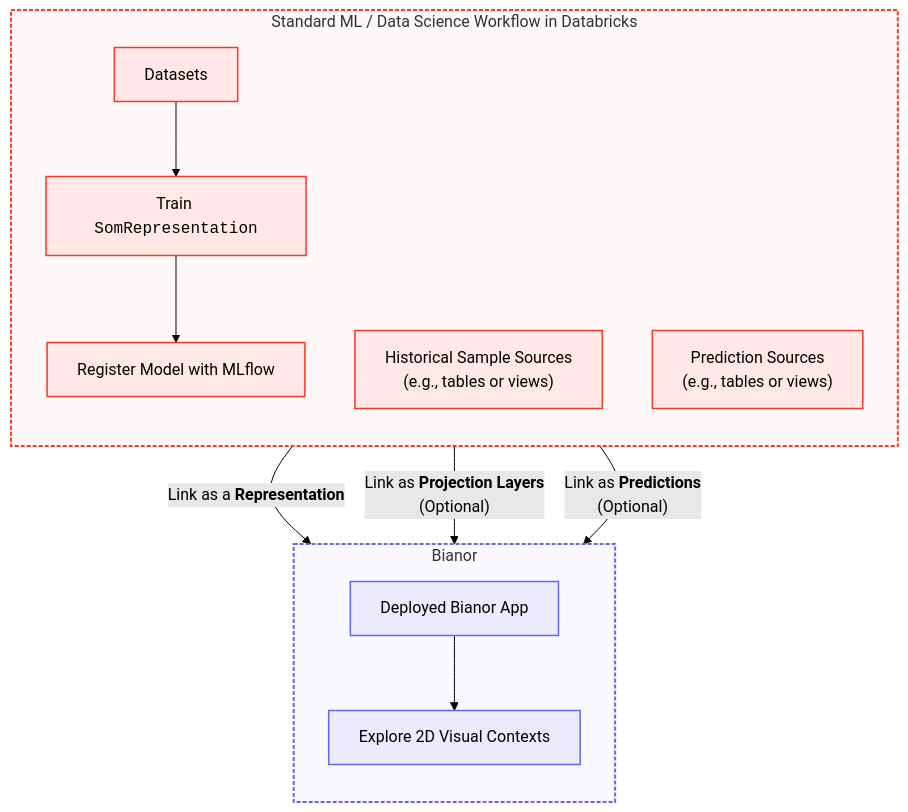
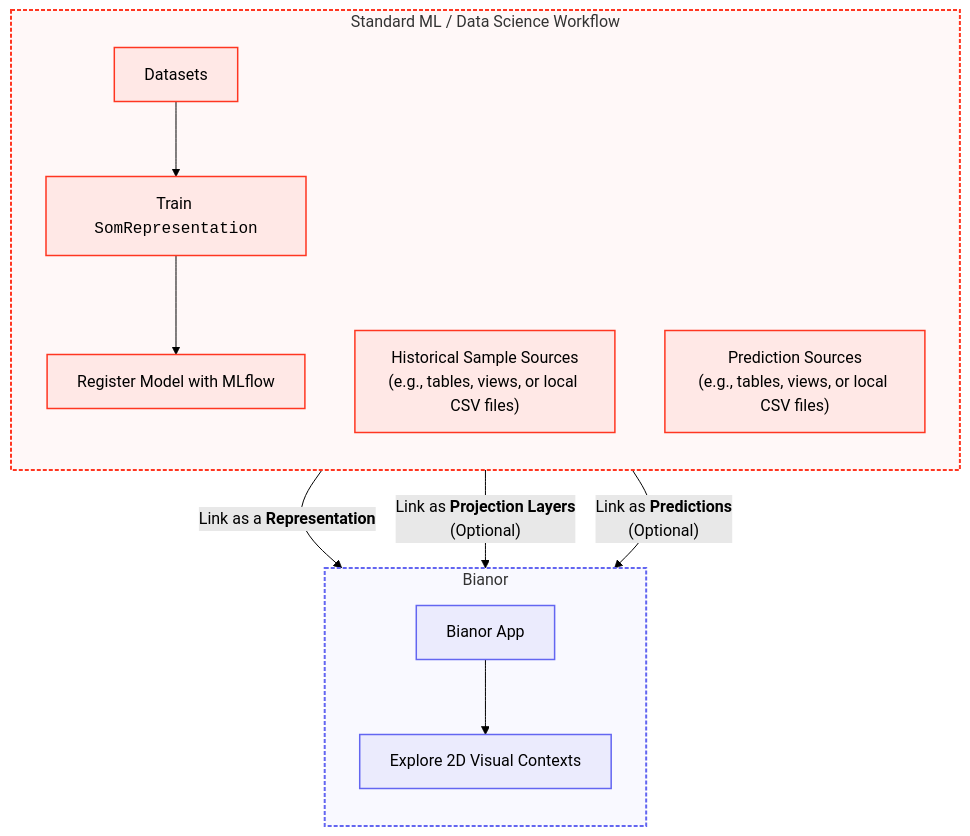
One commit to ophelia-rnd/bianor-studio changed the diagram in docs/individual/modeling.md. Above: the diagram before and after it, drawn with Mermaid (forest theme). The commit also changed other lines of this file and 13 other files, not shown here.

````diff
--- a/docs/individual/modeling.md
+++ b/docs/individual/modeling.md
@@ -7,27 +7,27 @@
 ```mermaid
 flowchart TD
-    subgraph standard["Standard ML / Data Science Workflow in Databricks"]
+    subgraph standard["Standard ML / Data Science Workflow"]
         direction TB
         Datasets["Datasets"] --> Train["Train <code>SomRepresentation</code>"] --> Register["Register Model with MLflow"]
-        ProjSources["Historical Sample Sources<br/>(e.g., tables or views)"]
-        PredSources["Prediction Sources<br/>(e.g., tables or views)"]
+        ProjSources["Historical Sample Sources<br/>(e.g., tables, views, or local CSV files)"]
+        PredSources["Prediction Sources<br/>(e.g., tables, views, or local CSV files)"]
     end
 
     subgraph bianor["Bianor"]
         direction TB
-        App["Deployed Bianor App"] --> VisualContexts["Explore 2D Visual Contexts"]
+        App["Bianor App"] --> VisualContexts["Explore 2D Visual Contexts"]
     end
 
     Register -->|"Link as a <b>Representation</b>"| App
     ProjSources -->|"Link as <b>Projection Layers</b><br/>(Optional)"| App
     PredSources -->|"Link as <b>Predictions</b><br/>(Optional)"| App
 
     style standard fill:#ff362108,stroke:#FF3621,stroke-width:2px,stroke-dasharray: 4 2
     style bianor fill:#4f46e508,stroke:#6366f1,stroke-width:2px,stroke-dasharray: 4 2
 
     classDef databricks fill:#ff362115,stroke:#FF3621,stroke-width:1.5px;
     classDef bianor fill:#4f46e515,stroke:#6366f1,stroke-width:1.5px;
 
     class Datasets,Train,Register,ProjSources,PredSources databricks;
     class App,VisualContexts bianor;
 ```
````
